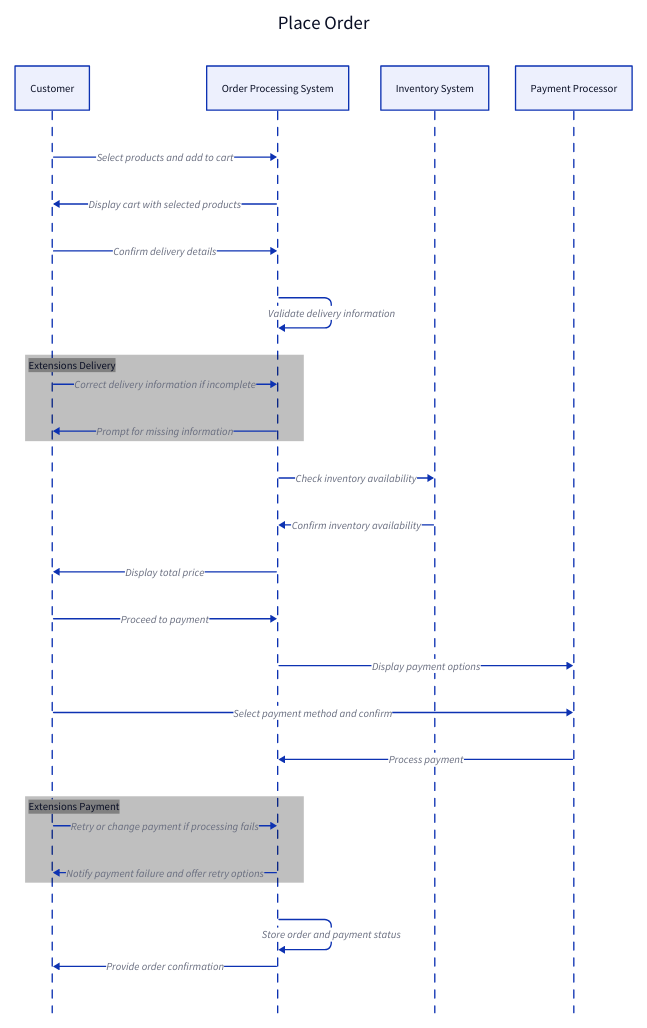
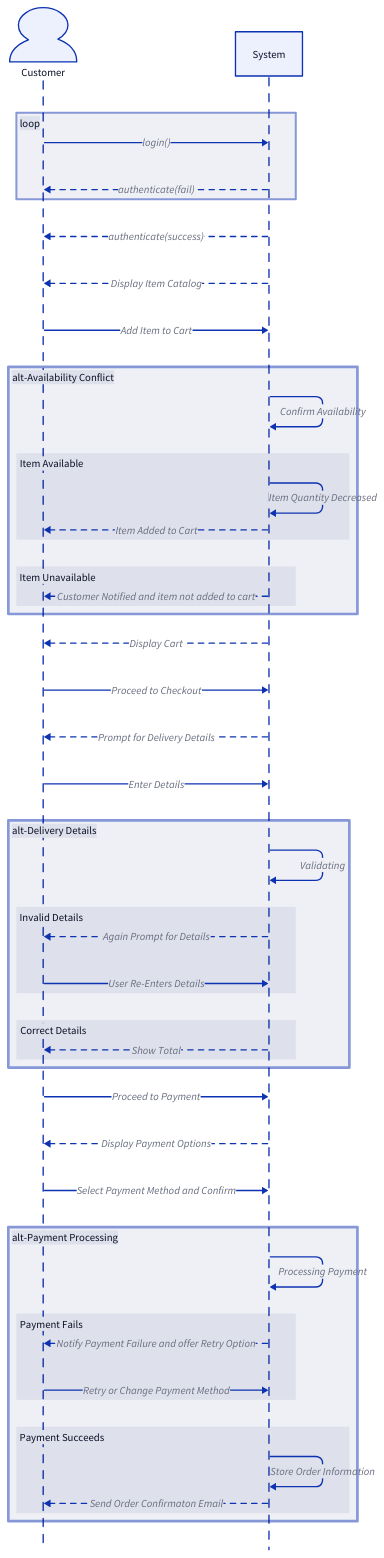
One commit to Arqamz/hawktu-logistics changed the diagram in documentation/diagrams/system-sequence.d2. Above: the diagram before and after it, drawn with D2. The commit also changed 1 other file, not shown here.

Commit message:
new system sequence diagram

```diff
--- a/documentation/diagrams/system-sequence.d2
+++ b/documentation/diagrams/system-sequence.d2
@@ -1,42 +1,113 @@
-Place Order: {
-  shape: sequence_diagram
+shape: sequence_diagram
 
-  Customer: "Customer"
-  OrderSystem: "Order Processing System"
-  Inventory: "Inventory System"
-  Payment: "Payment Processor"
+Customer: Customer {shape:person}
+System: System
 
-  Customer -> OrderSystem: "Select products and add to cart"
-  OrderSystem -> Customer: "Display cart with selected products"
+loop {
+    Customer -> System: "login()"
+    System -> Customer: "authenticate(fail)" {
+        style: {
+            stroke-dash:4
+        }
+    }
+    style: {
+        stroke-width: 3
+    }
+}
+System -> Customer: "authenticate(success)" {
+    style: {
+        stroke-dash: 4
+    }
+}
+System -> Customer: "Display Item Catalog" {
+    style: {
+        stroke-dash: 4
+    }
+}
+Customer -> System: "Add Item to Cart"
 
-  Customer -> OrderSystem: "Confirm delivery details"
-  OrderSystem -> OrderSystem: "Validate delivery information"
+alt1 label: "alt-Availability Conflict"{
+    style:{
+        stroke-width:4
+    }
+    System -> System: "Confirm Availability"
+    if label: "Item Available"{
+        System -> System: "Item Quantity Decreased"
+        System -> Customer: "Item Added to Cart " {
+        style: {
+            stroke-dash: 4
+        }
+    }
+    }
+    else label: "Item Unavailable"{
+        System -> Customer: "Customer Notified and item not added to cart" {
+            style: {
+                stroke-dash: 4
+            }
+        }
+    }
+}
+System -> Customer: "Display Cart" {
+    style: {
+        stroke-dash:4
+    }
+}
+Customer -> System: "Proceed to Checkout"
 
-  "Extensions Delivery": {
-    shape: rectangle
-    style.fill: Grey
-    Customer -> OrderSystem: "Correct delivery information if incomplete"
-    OrderSystem -> Customer: "Prompt for missing information"
-  }
+System -> Customer: "Prompt for Delivery Details" {
+    style: {
+        stroke-dash:4
+    }
+}
+Customer -> System: "Enter Details"
+alt label:"alt-Delivery Details"{
+    System -> System: "Validating"
+    if label:"Invalid Details"{
+        System -> Customer: "Again Prompt for Details" {
+            style: {
+                stroke-dash:4
+            }
+    }
+    Customer -> System: "User Re-Enters Details"  
+}
+else label:"Correct Details"{
+    System -> Customer: "Show Total" {
+        style: {
+            stroke-dash:4
+        }
+}
+}
+style:{
+    stroke-width:4
+}
+}
+Customer -> System :"Proceed to Payment"
+System -> Customer: "Display Payment Options" {
+    style: {
+        stroke-dash:4
+    }
+}
+Customer -> System :"Select Payment Method and Confirm"
 
-  OrderSystem -> Inventory: "Check inventory availability"
-  Inventory -> OrderSystem: "Confirm inventory availability"
-
-  OrderSystem -> Customer: "Display total price"
-  Customer -> OrderSystem: "Proceed to payment"
-
-  OrderSystem -> Payment: "Display payment options"
-  Customer -> Payment: "Select payment method and confirm"
-  
-  Payment -> OrderSystem: "Process payment"
-
-  "Extensions Payment": {
-    shape: rectangle
-    style.fill: Grey
-    Customer -> OrderSystem: "Retry or change payment if processing fails"
-    OrderSystem -> Customer: "Notify payment failure and offer retry options"
-  }
-
-  OrderSystem -> OrderSystem: "Store order and payment status"
-  OrderSystem -> Customer: "Provide order confirmation"
+alt2 label:"alt-Payment Processing"{
+    System -> System: "Processing Payment"
+    if label:"Payment Fails"{
+        System -> Customer: "Notify Payment Failure and offer Retry Option" {
+            style: {
+                stroke-dash:4
+            }
+    }
+    Customer -> System: "Retry or Change Payment Method"  
 }
+else label:"Payment Succeeds"{
+    System -> System :"Store Order Information"
+    System -> Customer: "Send Order Confirmaton Email" {
+        style: {
+            stroke-dash:4
+        }
+}
+}
+style:{
+    stroke-width:4
+}
+}
```
